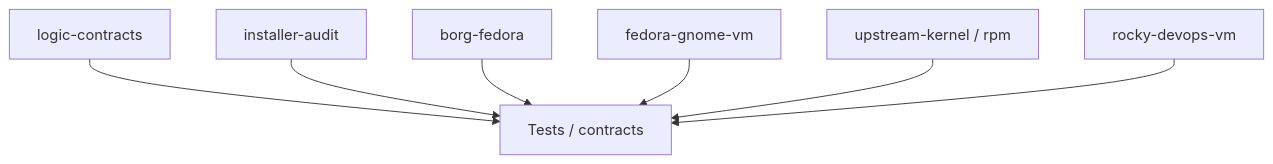
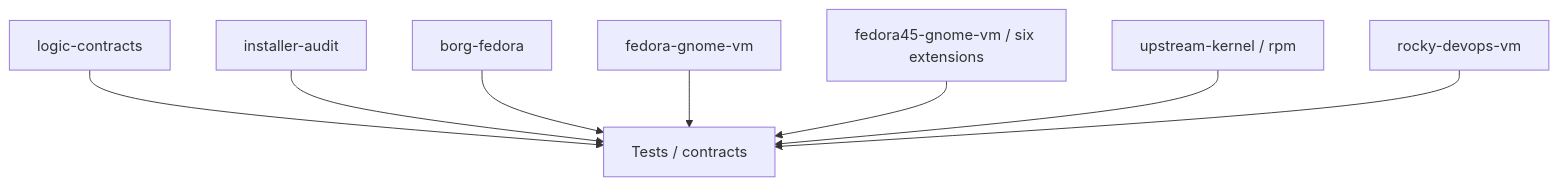
The diagram in docs/CI_VALIDATION.md (mathiasseguincadiche/FEDORA_GNOME_CUSTOM), drawn with Mermaid before and after one commit. The commit also changed other lines of this file, not shown here.

Commit message:
docs(ci): include the seventh mandatory GNOME 51 candidate VM job

````diff
--- a/docs/CI_VALIDATION.md
+++ b/docs/CI_VALIDATION.md
@@ -16,9 +16,10 @@
 ```mermaid
 flowchart TD
   A["logic-contracts"] --> R["Tests / contracts"]
   B["installer-audit"] --> R
   C["borg-fedora"] --> R
   D["fedora-gnome-vm"] --> R
+  G["fedora45-gnome-vm / six extensions"] --> R
   E["upstream-kernel / rpm"] --> R
   F["rocky-devops-vm"] --> R
 ```
````
